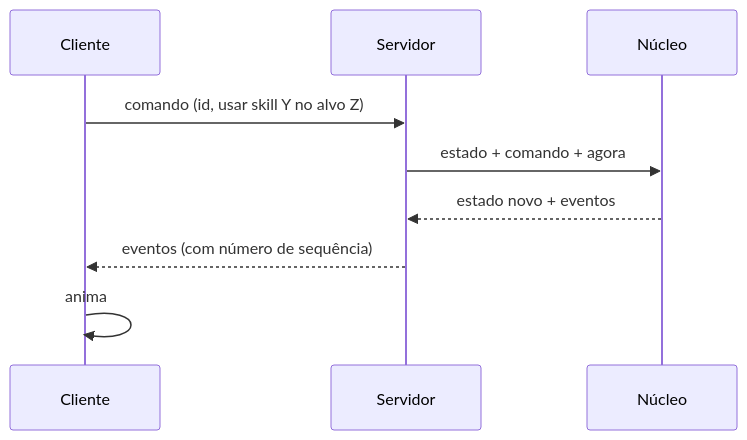
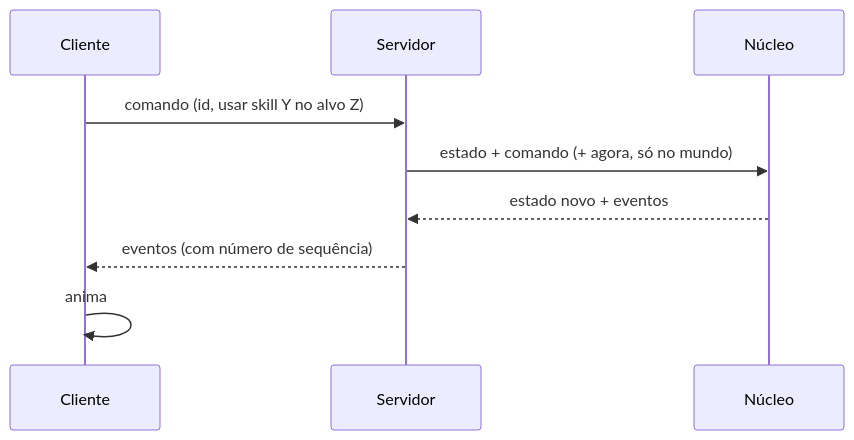
The first of 3 diagrams in docs/tecnico/03-tecnico.md (sidinei-silva/eras-do-brasil), drawn with Mermaid before and after one commit. The commit also changed other lines of this file and 5 other files, not shown here.

````diff
--- a/docs/tecnico/03-tecnico.md
+++ b/docs/tecnico/03-tecnico.md
@@ -45,11 +50,11 @@
 ```mermaid
 sequenceDiagram
   participant C as Cliente
   participant S as Servidor
   participant N as Núcleo
   C->>S: comando (id, usar skill Y no alvo Z)
-  S->>N: estado + comando + agora
+  S->>N: estado + comando (+ agora, só no mundo)
   N-->>S: estado novo + eventos
   S-->>C: eventos (com número de sequência)
   C->>C: anima
 ```
````
